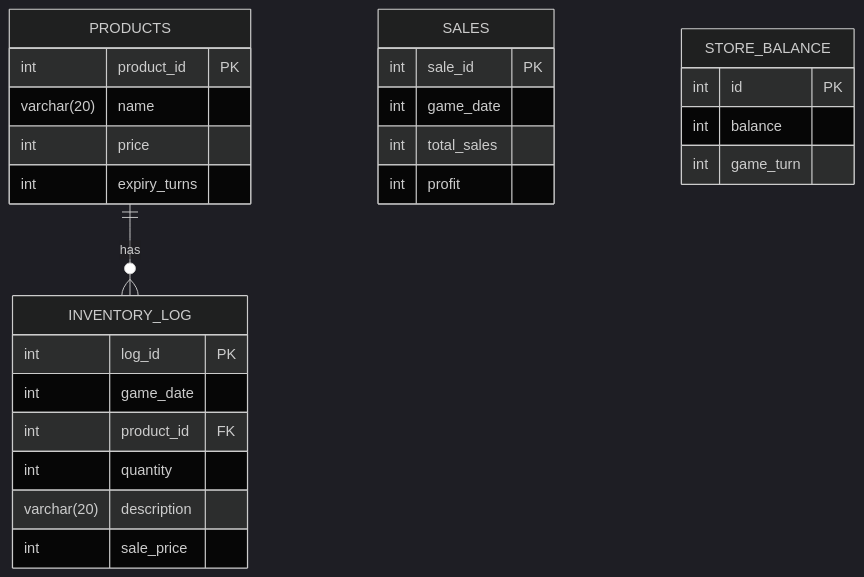
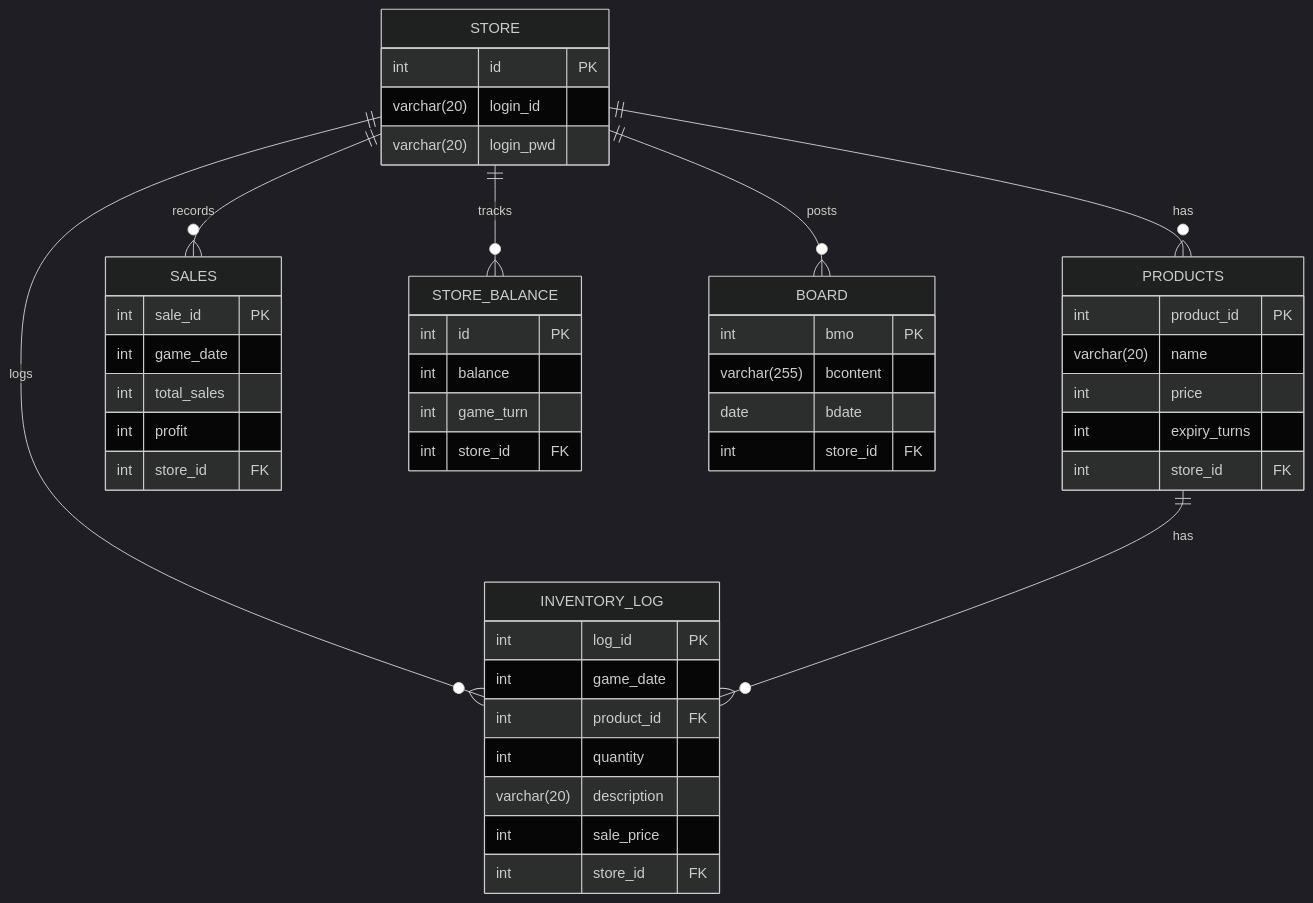
The diagram in docs/er-diagram.md (wonsebe/convenience-store), drawn with Mermaid (dark theme) before and after one commit. The commit also changed 26 other files, not shown here.

````diff
--- a/docs/er-diagram.md
+++ b/docs/er-diagram.md
@@ -1,29 +1,49 @@
 ```mermaid
 erDiagram
+    STORE ||--o{ PRODUCTS: "has"
+    STORE ||--o{ INVENTORY_LOG: "logs"
+    STORE ||--o{ SALES: "records"
+    STORE ||--o{ STORE_BALANCE: "tracks"
+    STORE ||--o{ BOARD: "posts"
     PRODUCTS ||--o{ INVENTORY_LOG: "has"
+    STORE {
+        int id PK
+        varchar(20) login_id
+        varchar(20) login_pwd
+    }
     PRODUCTS {
         int product_id PK
         varchar(20) name
         int price
         int expiry_turns
+        int store_id FK
     }
     INVENTORY_LOG {
         int log_id PK
         int game_date
         int product_id FK
         int quantity
         varchar(20) description
         int sale_price
+        int store_id FK
     }
     SALES {
         int sale_id PK
         int game_date
         int total_sales
         int profit
+        int store_id FK
     }
     STORE_BALANCE {
         int id PK
         int balance
         int game_turn
+        int store_id FK
+    }
+    BOARD {
+        int bmo PK
+        varchar(255) bcontent
+        date bdate
+        int store_id FK
     }
 ```
````
